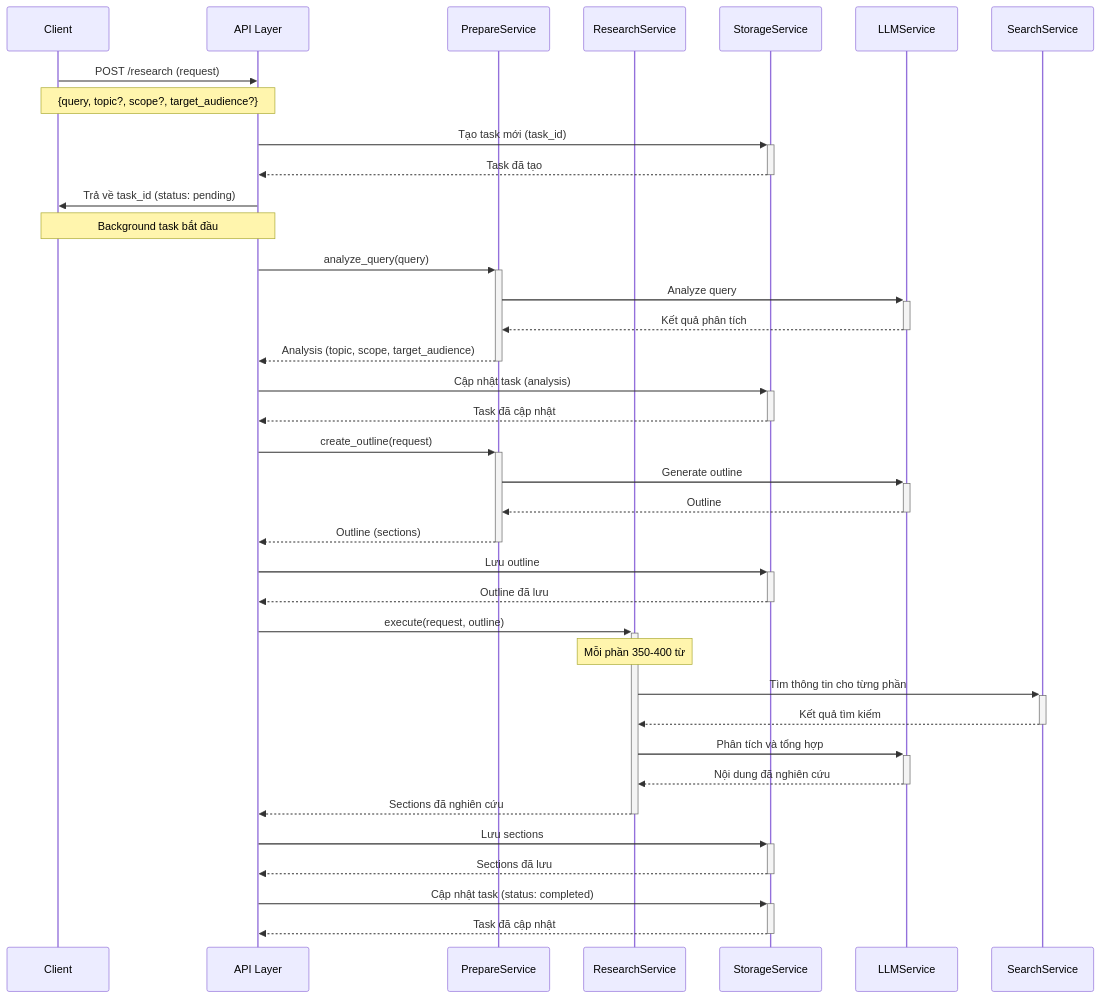
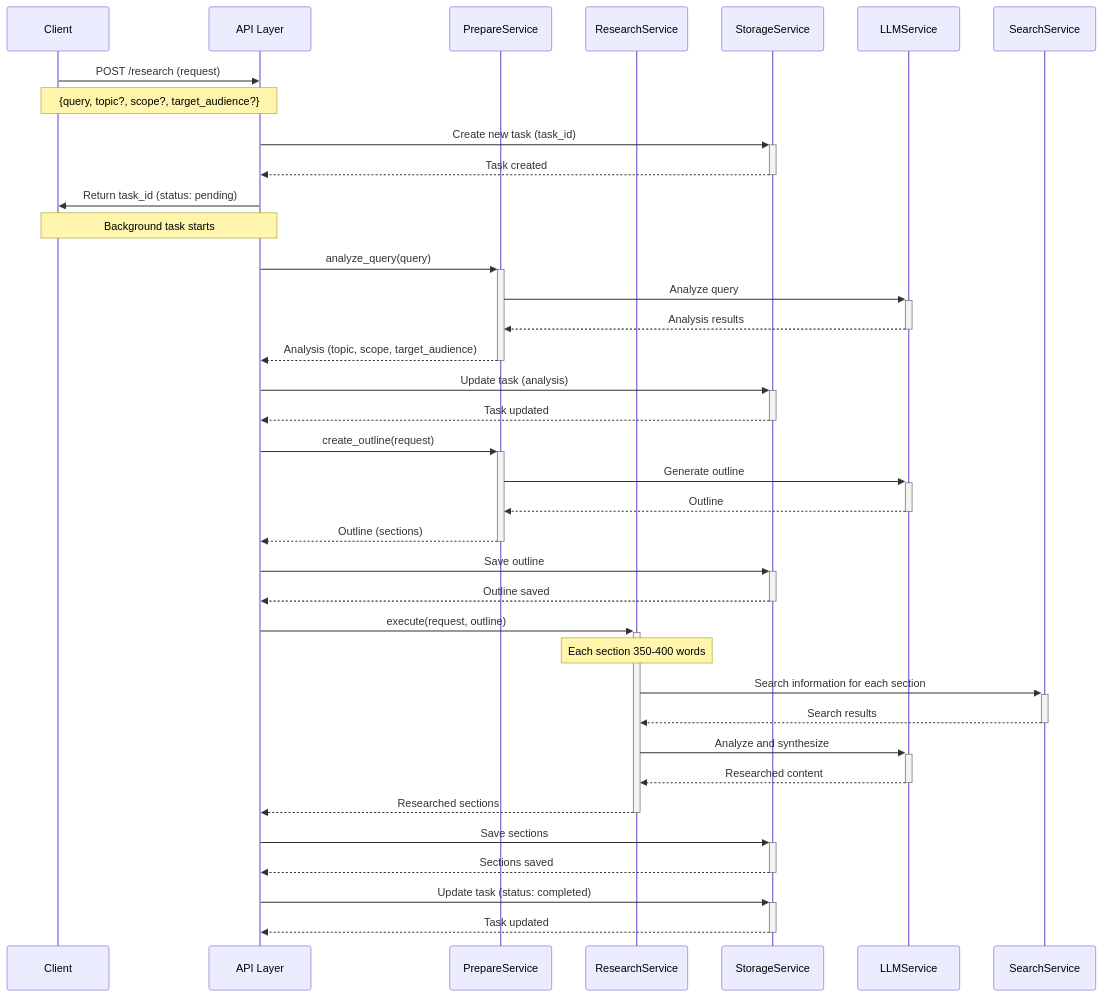
One commit to phuc-nt/deep-research-agent-python changed the second of 3 diagrams in docs/api.md. Above: the diagram before and after it, drawn with Mermaid. The commit also changed other lines of this file and 5 other files, not shown here.

````diff
--- a/docs/api.md
+++ b/docs/api.md
@@ -163,49 +163,49 @@
 ```mermaid
 sequenceDiagram
     participant Client
     participant API as API Layer
     participant PrepareService
     participant ResearchService
     participant StorageService
     participant LLMService
     participant SearchService
     
     Client->>API: POST /research (request)
     Note over Client,API: {query, topic?, scope?, target_audience?}
     
-    API->>+StorageService: Tạo task mới (task_id)
-    StorageService-->>-API: Task đã tạo
+    API->>+StorageService: Create new task (task_id)
+    StorageService-->>-API: Task created
     
-    API->>Client: Trả về task_id (status: pending)
-    Note over API,Client: Background task bắt đầu
+    API->>Client: Return task_id (status: pending)
+    Note over API,Client: Background task starts
     
     API->>+PrepareService: analyze_query(query)
     PrepareService->>+LLMService: Analyze query
-    LLMService-->>-PrepareService: Kết quả phân tích
+    LLMService-->>-PrepareService: Analysis results
     PrepareService-->>-API: Analysis (topic, scope, target_audience)
     
-    API->>+StorageService: Cập nhật task (analysis)
-    StorageService-->>-API: Task đã cập nhật
+    API->>+StorageService: Update task (analysis)
+    StorageService-->>-API: Task updated
     
     API->>+PrepareService: create_outline(request)
     PrepareService->>+LLMService: Generate outline
     LLMService-->>-PrepareService: Outline
     PrepareService-->>-API: Outline (sections)
     
-    API->>+StorageService: Lưu outline
-    StorageService-->>-API: Outline đã lưu
+    API->>+StorageService: Save outline
+    StorageService-->>-API: Outline saved
     
     API->>+ResearchService: execute(request, outline)
-    Note over ResearchService: Mỗi phần 350-400 từ
-    ResearchService->>+SearchService: Tìm thông tin cho từng phần
-    SearchService-->>-ResearchService: Kết quả tìm kiếm
-    ResearchService->>+LLMService: Phân tích và tổng hợp
-    LLMService-->>-ResearchService: Nội dung đã nghiên cứu
-    ResearchService-->>-API: Sections đã nghiên cứu
+    Note over ResearchService: Each section 350-400 words
+    ResearchService->>+SearchService: Search information for each section
+    SearchService-->>-ResearchService: Search results
+    ResearchService->>+LLMService: Analyze and synthesize
+    LLMService-->>-ResearchService: Researched content
+    ResearchService-->>-API: Researched sections
     
-    API->>+StorageService: Lưu sections
-    StorageService-->>-API: Sections đã lưu
+    API->>+StorageService: Save sections
+    StorageService-->>-API: Sections saved
     
-    API->>+StorageService: Cập nhật task (status: completed)
-    StorageService-->>-API: Task đã cập nhật
+    API->>+StorageService: Update task (status: completed)
+    StorageService-->>-API: Task updated
 ```
````
